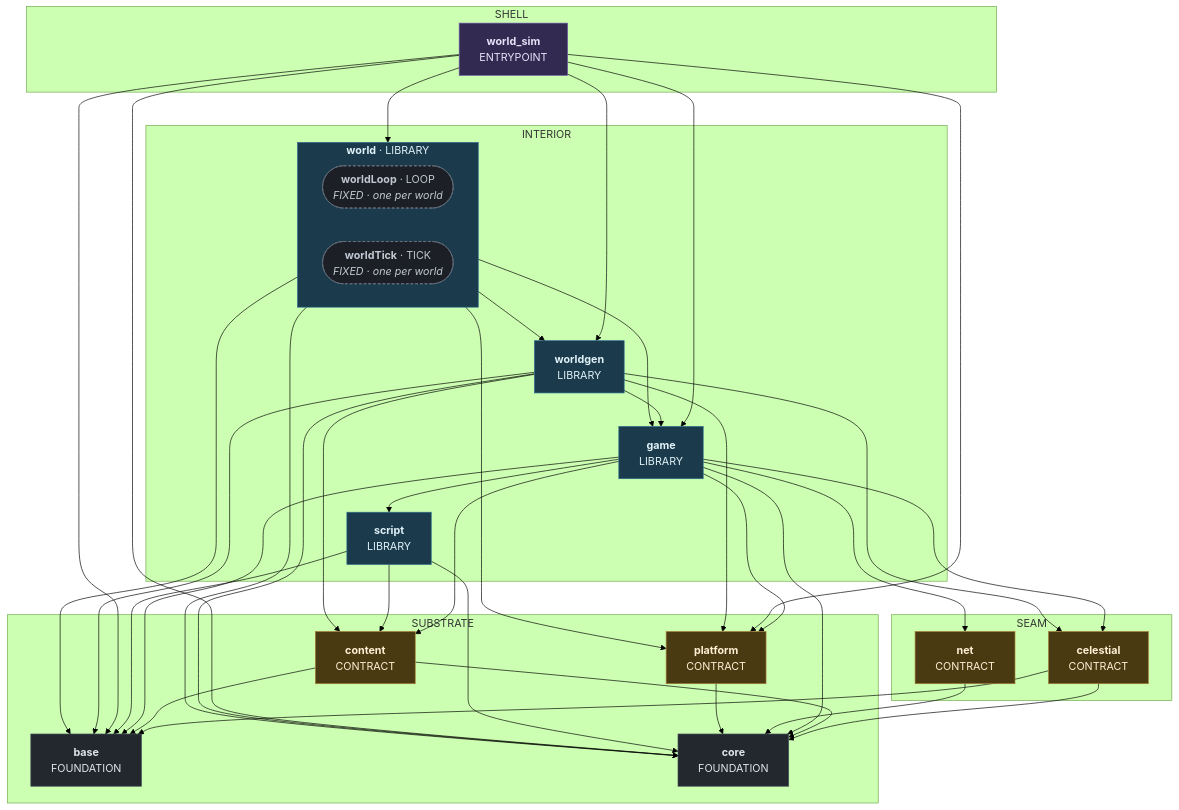
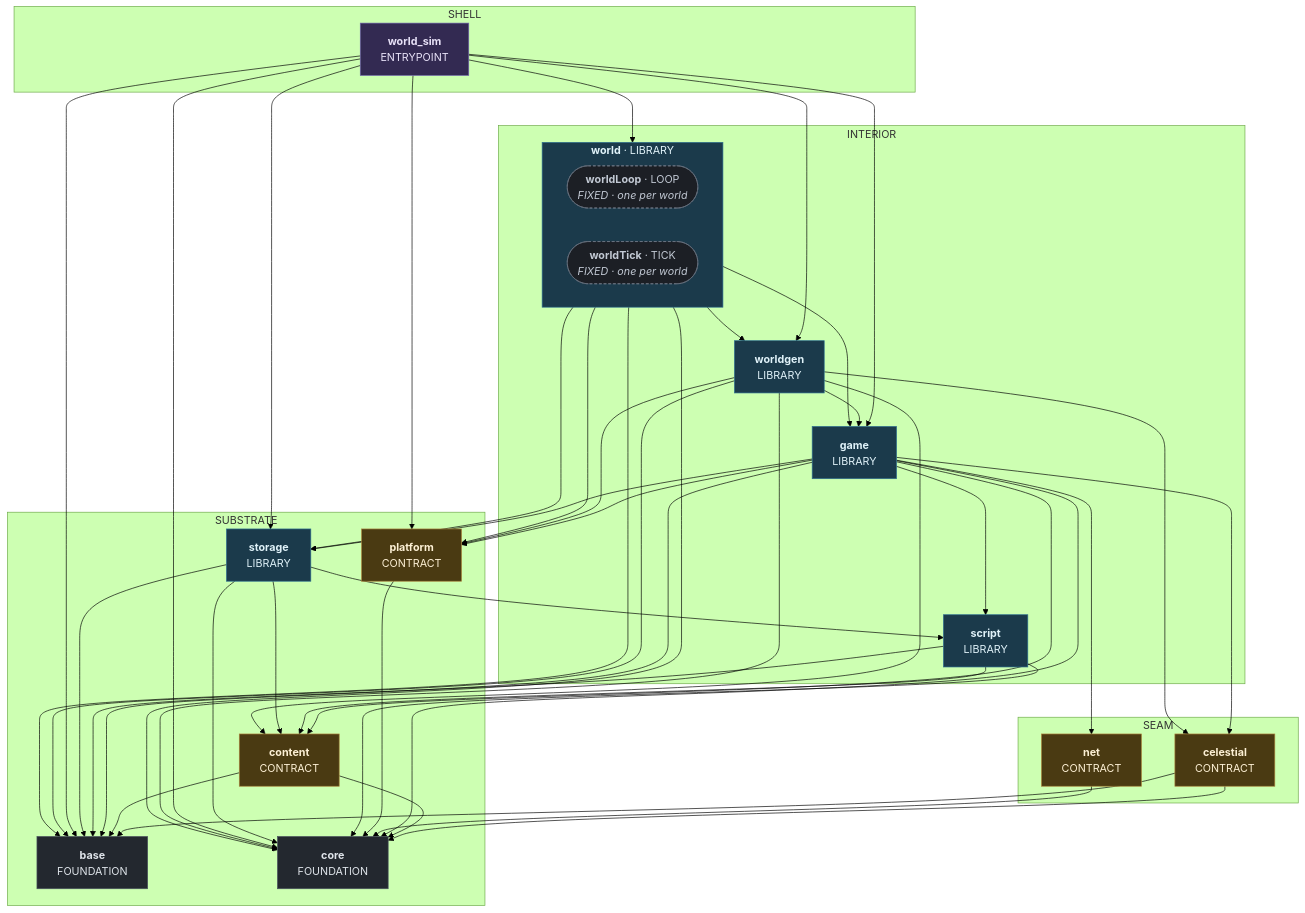
The eighth of 10 diagrams in docs/superpowers/specs/2026-08-01-sovereign-headless-client-design.md (apnex/OpenStarbound), drawn with Mermaid (forest theme) before and after one commit. The commit also changed other lines of this file and 3 other files, not shown here.

````diff
--- a/docs/superpowers/specs/2026-08-01-sovereign-headless-client-design.md
+++ b/docs/superpowers/specs/2026-08-01-sovereign-headless-client-design.md
@@ -2303,70 +2353,78 @@
 ```mermaid
 %% composition: world_sim
 flowchart TD
   subgraph Z_SUBSTRATE ["SUBSTRATE"]
     base["<b>base</b><br/>FOUNDATION"]
     content["<b>content</b><br/>CONTRACT"]
     core["<b>core</b><br/>FOUNDATION"]
     platform["<b>platform</b><br/>CONTRACT"]
+    storage["<b>storage</b><br/>LIBRARY"]
   end
   subgraph Z_SEAM ["SEAM"]
     celestial["<b>celestial</b><br/>CONTRACT"]
     net["<b>net</b><br/>CONTRACT"]
   end
   subgraph Z_INTERIOR ["INTERIOR"]
     game["<b>game</b><br/>LIBRARY"]
     script["<b>script</b><br/>LIBRARY"]
     subgraph world ["<b>world</b> · LIBRARY"]
       world_worldLoop(["<b>worldLoop</b> · LOOP<br/><i>FIXED · one per world</i>"])
       world_worldTick(["<b>worldTick</b> · TICK<br/><i>FIXED · one per world</i>"])
     end
     worldgen["<b>worldgen</b><br/>LIBRARY"]
   end
   subgraph Z_SHELL ["SHELL"]
     world_sim["<b>world_sim</b><br/>ENTRYPOINT"]
   end
   celestial --> base
   celestial --> core
   content --> base
   content --> core
   game --> base
   game --> celestial
   game --> content
   game --> core
   game --> net
   game --> platform
   game --> script
+  game --> storage
   net --> core
   platform --> core
   script --> base
   script --> content
   script --> core
+  storage --> base
+  storage --> content
+  storage --> core
+  storage --> script
   world --> base
   world --> core
   world --> game
   world --> platform
+  world --> storage
   world --> worldgen
   world_sim --> base
   world_sim --> core
   world_sim --> game
   world_sim --> platform
+  world_sim --> storage
   world_sim --> world
   world_sim --> worldgen
   worldgen --> base
   worldgen --> celestial
   worldgen --> content
   worldgen --> core
   worldgen --> game
   worldgen --> platform
   classDef kFoundation fill:#23282f,stroke:#4a545e,color:#dfe4ea
   classDef kContract fill:#4a3a12,stroke:#a8813a,color:#fdf0d5
   classDef kBackend fill:#5c2020,stroke:#aa3333,color:#ffe5e5
   classDef kLibrary fill:#1b3a4b,stroke:#2c6e8f,color:#e0f2f9
   classDef kEntrypoint fill:#332a52,stroke:#6d5fa8,color:#e8e2f8
   classDef kElement fill:#1c1f25,stroke:#6b7482,color:#c2c9d4,stroke-dasharray:4 3
   class base,core kFoundation
   class celestial,content,net,platform kContract
-  class game,script,world,worldgen kLibrary
+  class game,script,storage,world,worldgen kLibrary
   class world_sim kEntrypoint
   class world_worldLoop,world_worldTick kElement
 ```
````
